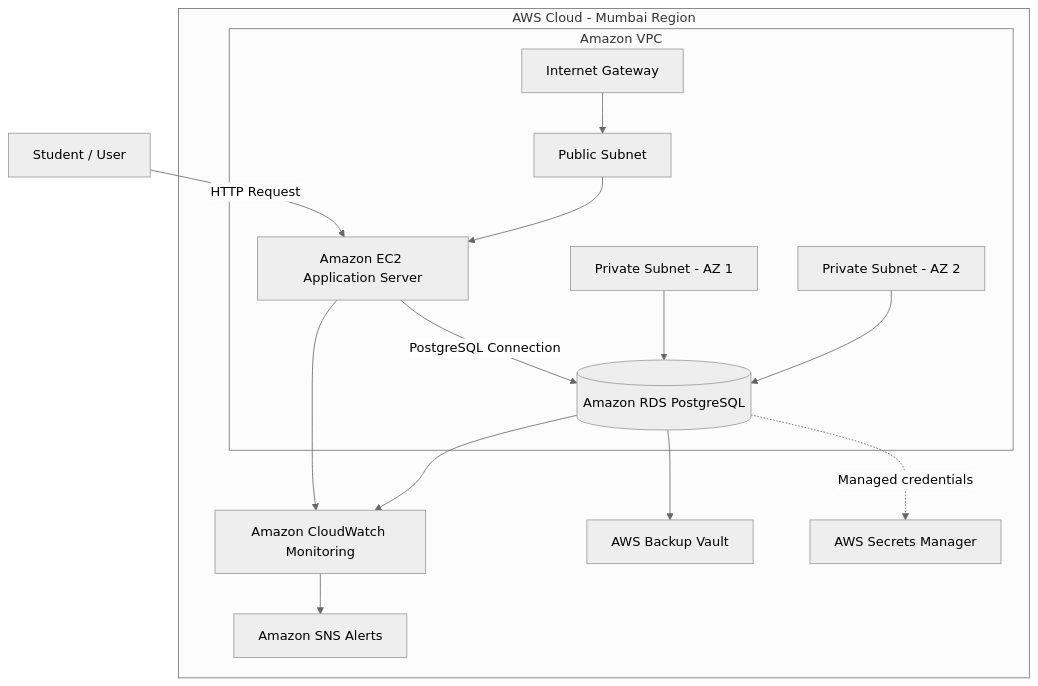
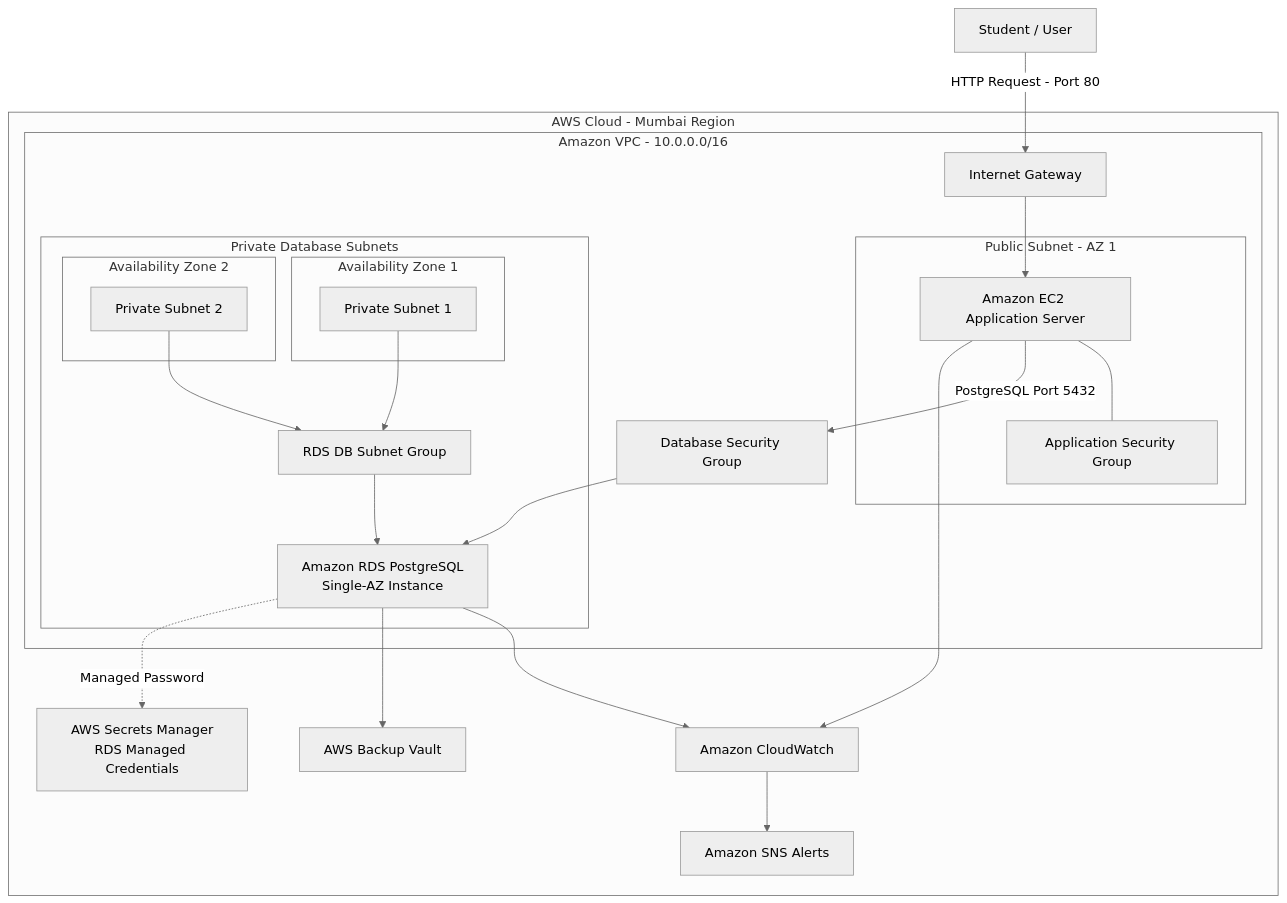
Before and after one commit to kanimozhibaluit/student-task-management-production-deployment: the diagram in diagrams/architecture.md, drawn with Mermaid (neutral theme). The commit also changed other lines of this file and 6 other files, not shown here.

Commit message:
Complete AWS cloud architecture and operations documentation

````diff
--- a/diagrams/architecture.md
+++ b/diagrams/architecture.md
@@ -6,30 +6,50 @@
 ```mermaid
 flowchart TD
-    U[Student / User] -->|HTTP Request| EC2[Amazon EC2 Application Server]
-    EC2 -->|PostgreSQL Connection| RDS[(Amazon RDS PostgreSQL)]
+    U[Student / User] -->|HTTP Request - Port 80| IGW
 
     subgraph AWS["AWS Cloud - Mumbai Region"]
-        subgraph VPC["Amazon VPC"]
+        subgraph VPC["Amazon VPC - 10.0.0.0/16"]
+
             IGW[Internet Gateway]
-            PUB[Public Subnet]
-            PRIV1[Private Subnet - AZ 1]
-            PRIV2[Private Subnet - AZ 2]
 
-            IGW --> PUB
-            PUB --> EC2
-            PRIV1 --> RDS
-            PRIV2 --> RDS
+            subgraph PUBLIC["Public Subnet - AZ 1"]
+                EC2[Amazon EC2 Application Server]
+                APP[Application Security Group]
+            end
+
+            subgraph PRIVATE["Private Database Subnets"]
+                subgraph AZ1["Availability Zone 1"]
+                    PRIV1[Private Subnet 1]
+                end
+
+                subgraph AZ2["Availability Zone 2"]
+                    PRIV2[Private Subnet 2]
+                end
+
+                DB[Amazon RDS PostgreSQL<br/>Single-AZ Instance]
+                DBGROUP[RDS DB Subnet Group]
+            end
+
+            DBSG[Database Security Group]
+
+            IGW --> EC2
+            EC2 --- APP
+            PRIV1 --> DBGROUP
+            PRIV2 --> DBGROUP
+            DBGROUP --> DB
+            EC2 -->|PostgreSQL Port 5432| DBSG
+            DBSG --> DB
         end
 
-        CW[Amazon CloudWatch Monitoring]
+        SM[AWS Secrets Manager<br/>RDS Managed Credentials]
+        CW[Amazon CloudWatch]
         SNS[Amazon SNS Alerts]
         BK[AWS Backup Vault]
-        SM[AWS Secrets Manager]
 
         EC2 --> CW
-        RDS --> CW
+        DB --> CW
         CW --> SNS
-        RDS --> BK
-        RDS -. Managed credentials .-> SM
+        DB --> BK
+        DB -. Managed Password .-> SM
     end
 ```
````
